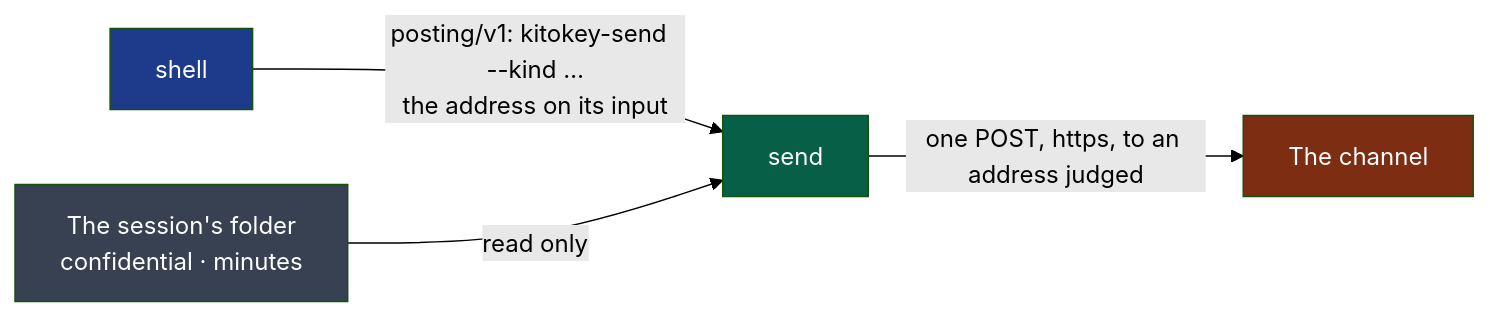
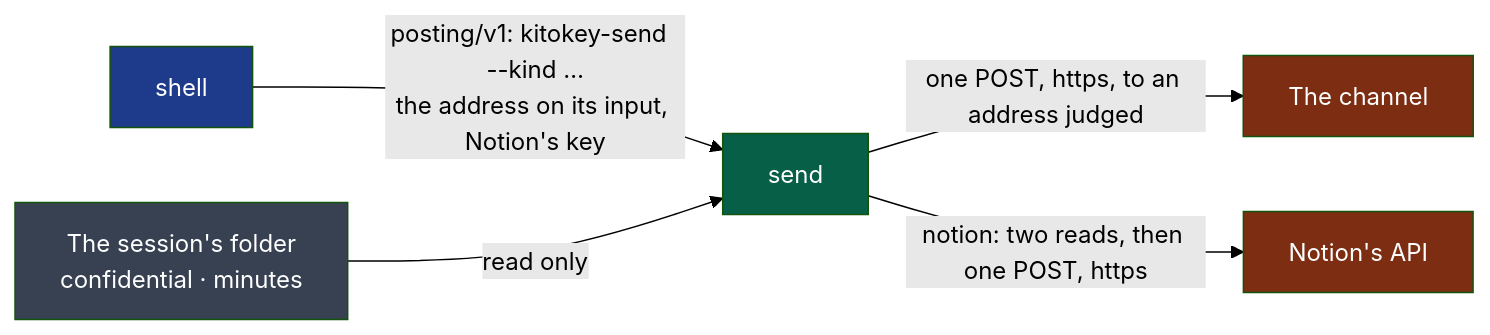
The diagram in modules/send/README.md (NapkinStack/kitokey), drawn with Mermaid (forest theme) before and after one commit. The commit also changed other lines of this file and 5 other files, not shown here.

First line of the commit message:
D116 — send: kitokey-send --kind notion and --check --kind notion, two reads then one POST to Notion's API, each answer its code

````diff
--- a/modules/send/README.md
+++ b/modules/send/README.md
@@ -8,10 +8,11 @@
 ```mermaid
 flowchart LR
-    S["shell"]:::consumer -->|"posting/v1: kitokey-send <folder> --kind …<br/>the address on its input"| P["send"]:::producer
+    S["shell"]:::consumer -->|"posting/v1: kitokey-send <folder> --kind …<br/>the address on its input, Notion's key"| P["send"]:::producer
     F["The session's folder<br/>confidential · minutes"]:::file -->|"read only"| P
     P -->|"one POST, https, to an address judged"| C["The channel"]:::outside
+    P -->|"notion: two reads, then one POST, https"| N["Notion's API"]:::outside
     classDef producer fill:#065f46,color:#fff
     classDef consumer fill:#1e3a8a,color:#fff
     classDef outside fill:#7c2d12,color:#fff
     classDef file fill:#374151,color:#fff
 ```
````
